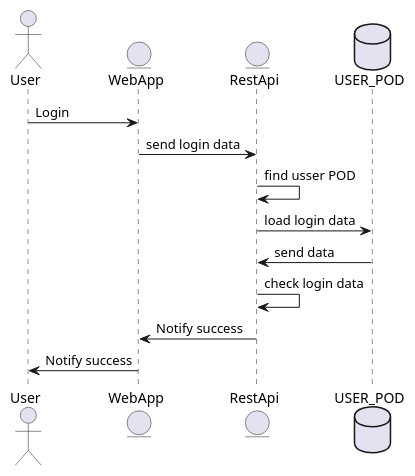
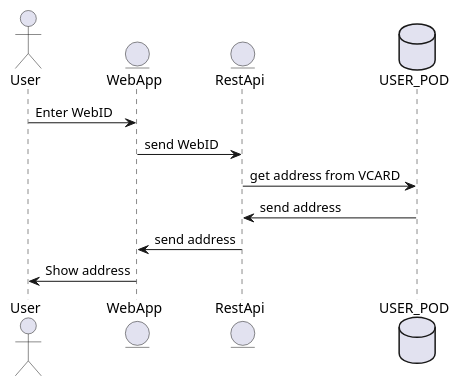
Before and after one commit to Arquisoft/dede_es3c: the third of 10 diagrams in docs/06_runtime_view.adoc, drawn with PlantUML. The commit also changed other lines of this file, not shown here.

Commit message:
Diagramas de secuencia actualizados

```diff
--- a/docs/06_runtime_view.adoc
+++ b/docs/06_runtime_view.adoc
@@ -44,17 +43,15 @@
 [plantuml,"LoginUserPOD",png]
 ----
 @startuml
 actor User
 entity WebApp
 entity RestApi
 database USER_POD
-User-> WebApp : Login
-WebApp-> RestApi : send login data
-RestApi -> RestApi : find usser POD
-RestApi -> USER_POD : load login data
-USER_POD -> RestApi : send data
-RestApi -> RestApi : check login data
-RestApi -> WebApp: Notify success
-WebApp-> User: Notify success
+User-> WebApp : Enter WebID
+WebApp-> RestApi : send WebID
+RestApi -> USER_POD : get address from VCARD
+USER_POD -> RestApi : send address
+RestApi -> WebApp: send address
+WebApp-> User: Show address
 @enduml
 ----
```
